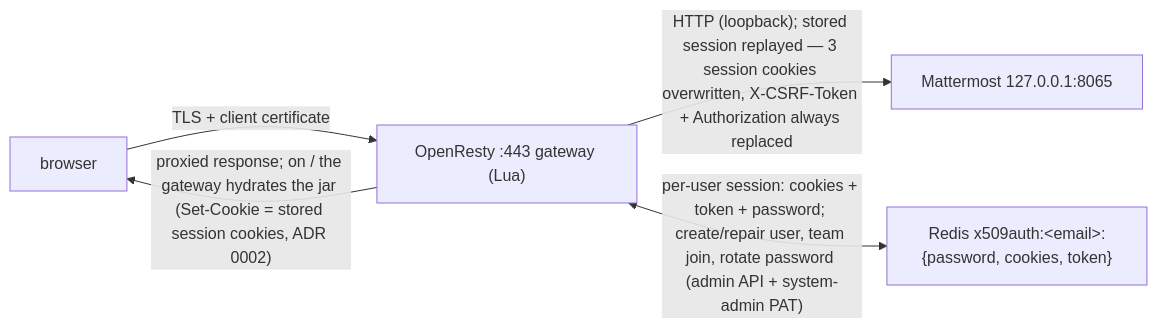
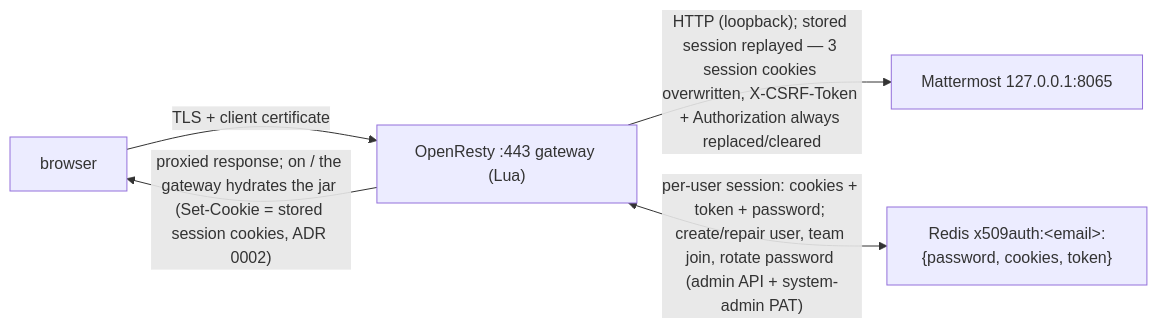
Before and after one commit to fl0l0u/mattermost-ssl-auth: the diagram in README.md, drawn with Mermaid. The commit also changed other lines of this file, not shown here.

Commit message:
docs: README strict phrasing (replaced/cleared; jar attribution)

````diff
--- a/README.md
+++ b/README.md
@@ -13,11 +13,11 @@
 ```mermaid
 flowchart LR
     B["browser"]
     G["OpenResty :443 gateway (Lua)"]
     M["Mattermost 127.0.0.1:8065"]
     R["Redis x509auth:&lt;email&gt;:{password, cookies, token}"]
     B -->|"TLS + client certificate"| G
-    G -->|"HTTP (loopback); stored session replayed — 3 session cookies overwritten, X-CSRF-Token + Authorization always replaced"| M
+    G -->|"HTTP (loopback); stored session replayed — 3 session cookies overwritten, X-CSRF-Token + Authorization always replaced/cleared"| M
     G -->|"proxied response; on / the gateway hydrates the jar (Set-Cookie = stored session cookies, ADR 0002)"| B
     G <-->|"per-user session: cookies + token + password; create/repair user, team join, rotate password (admin API + system-admin PAT)"| R
 ```
````
